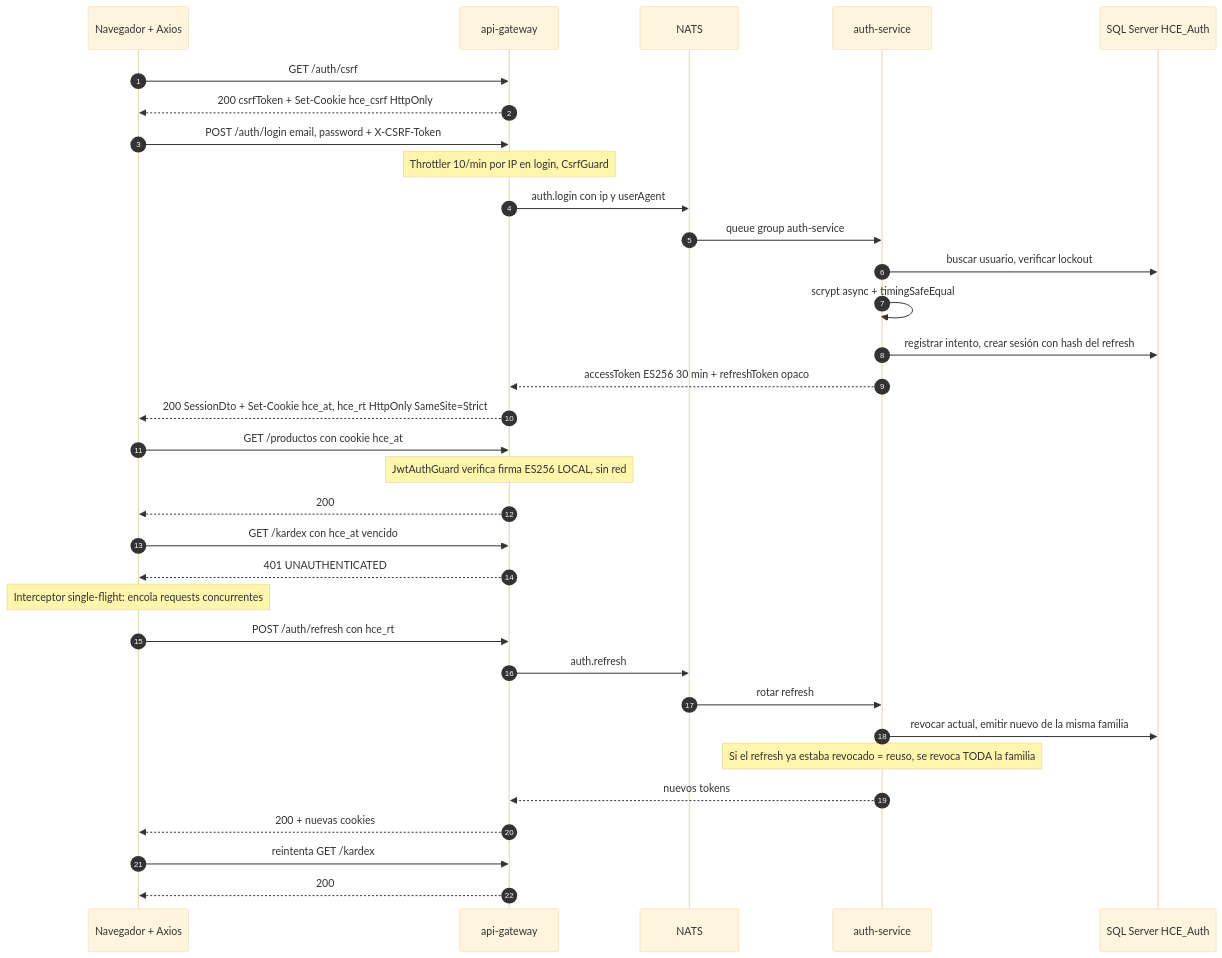
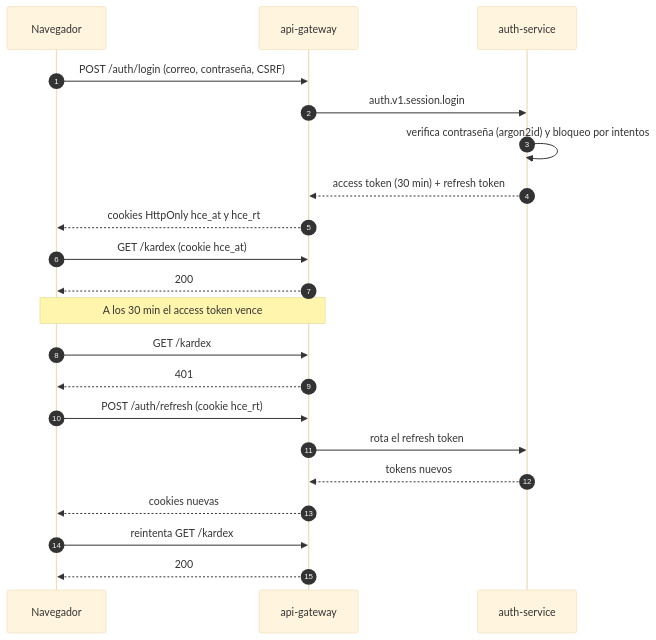
One commit to Hades0413/hce-insumos-platform changed the fifth of 9 diagrams in docs/ARQUITECTURA.md. Above: the diagram before and after it, drawn with Mermaid (base theme). The commit also changed other lines of this file and 419 other files, not shown here.

````diff
--- a/docs/ARQUITECTURA.md
+++ b/docs/ARQUITECTURA.md
@@ -190,35 +389,23 @@
 ```mermaid
 sequenceDiagram
   autonumber
-  participant B as Navegador + Axios
+  participant B as Navegador
   participant G as api-gateway
-  participant N as NATS
   participant A as auth-service
-  participant D as SQL Server HCE_Auth
-  B->>G: GET /auth/csrf
-  G-->>B: 200 csrfToken + Set-Cookie hce_csrf HttpOnly
-  B->>G: POST /auth/login email, password + X-CSRF-Token
-  Note over G: Throttler 10/min por IP en login, CsrfGuard
-  G->>N: auth.login con ip y userAgent
-  N->>A: queue group auth-service
-  A->>D: buscar usuario, verificar lockout
-  A->>A: scrypt async + timingSafeEqual
-  A->>D: registrar intento, crear sesión con hash del refresh
-  A-->>G: accessToken ES256 30 min + refreshToken opaco
-  G-->>B: 200 SessionDto + Set-Cookie hce_at, hce_rt HttpOnly SameSite=Strict
-  B->>G: GET /productos con cookie hce_at
-  Note over G: JwtAuthGuard verifica firma ES256 LOCAL, sin red
+  B->>G: POST /auth/login (correo, contraseña, CSRF)
+  G->>A: auth.v1.session.login
+  A->>A: verifica contraseña (argon2id) y bloqueo por intentos
+  A-->>G: access token (30 min) + refresh token
+  G-->>B: cookies HttpOnly hce_at y hce_rt
+  B->>G: GET /kardex (cookie hce_at)
   G-->>B: 200
-  B->>G: GET /kardex con hce_at vencido
-  G-->>B: 401 UNAUTHENTICATED
-  Note over B: Interceptor single-flight: encola requests concurrentes
-  B->>G: POST /auth/refresh con hce_rt
-  G->>N: auth.refresh
-  N->>A: rotar refresh
-  A->>D: revocar actual, emitir nuevo de la misma familia
-  Note over A: Si el refresh ya estaba revocado = reuso, se revoca TODA la familia
-  A-->>G: nuevos tokens
-  G-->>B: 200 + nuevas cookies
+  Note over B,G: A los 30 min el access token vence
+  B->>G: GET /kardex
+  G-->>B: 401
+  B->>G: POST /auth/refresh (cookie hce_rt)
+  G->>A: rota el refresh token
+  A-->>G: tokens nuevos
+  G-->>B: cookies nuevas
   B->>G: reintenta GET /kardex
   G-->>B: 200
 ```
````
